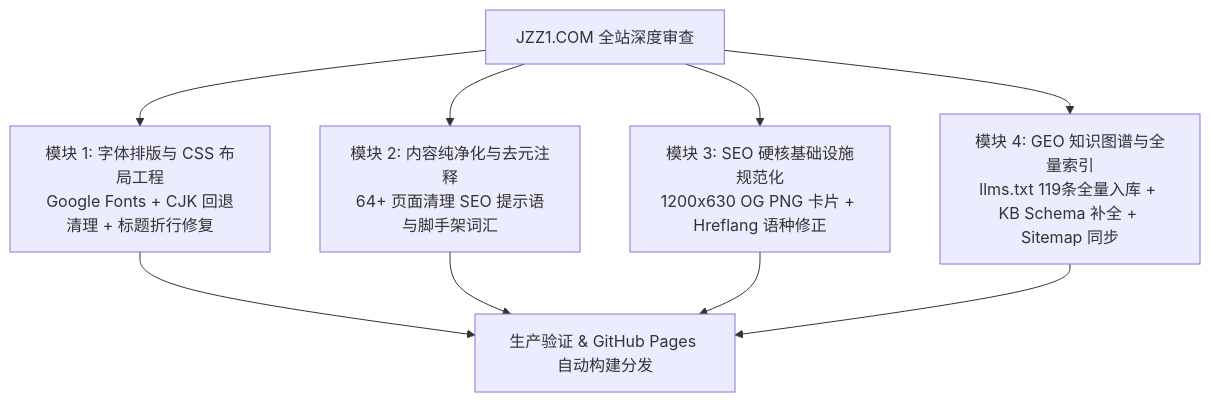
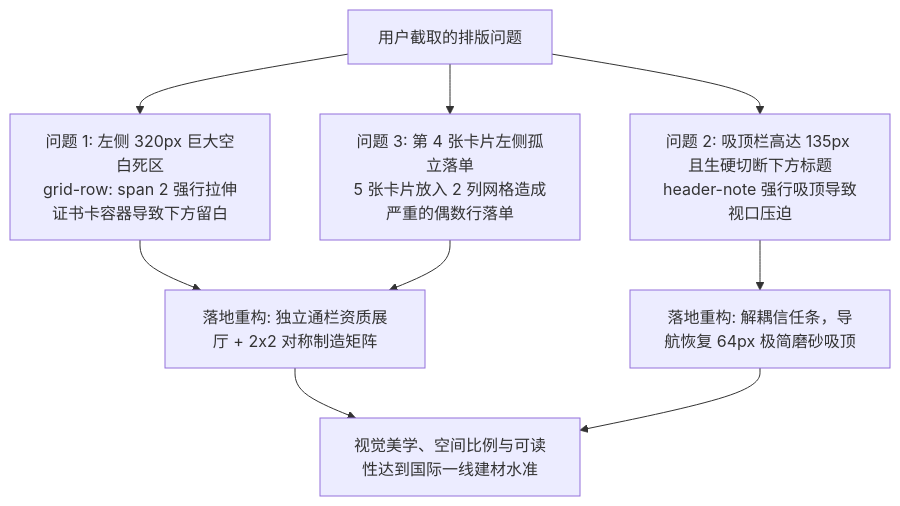
One commit to aidi1723/jzz1-site changed the diagram in docs/reports/2026-10-23-jzz1-comprehensive-audit-and-optimization-v2.3.md. Above: the diagram before and after it, drawn with Mermaid. The commit also changed other lines of this file and 5 other files, not shown here.

Commit message:
fix(layout): eliminate 320px grid void, rebuild accreditation showcase & decouple sticky header

````diff
--- a/docs/reports/2026-10-23-jzz1-comprehensive-audit-and-optimization-v2.3.md
+++ b/docs/reports/2026-10-23-jzz1-comprehensive-audit-and-optimization-v2.3.md
@@ -15,11 +14,11 @@
 ```mermaid
 flowchart TD
-    A["JZZ1.COM 全站深度审查"] --> B["模块 1: 字体排版与 CSS 布局工程<br/>Google Fonts + CJK 回退清理 + 标题折行修复"]
-    A --> C["模块 2: 内容纯净化与去元注释<br/>64+ 页面清理 SEO 提示语与脚手架词汇"]
-    A --> D["模块 3: SEO 硬核基础设施规范化<br/>1200x630 OG PNG 卡片 + Hreflang 语种修正"]
-    A --> E["模块 4: GEO 知识图谱与全量索引<br/>llms.txt 119条全量入库 + KB Schema 补全 + Sitemap 同步"]
-    B --> F["生产验证 & GitHub Pages 自动构建分发"]
-    C --> F
-    D --> F
-    E --> F
+    A["用户截取的排版问题"] --> B["问题 1: 左侧 320px 巨大空白死区<br/>grid-row: span 2 强行拉伸证书卡容器导致下方留白"]
+    A --> C["问题 2: 吸顶栏高达 135px 且生硬切断下方标题<br/>header-note 强行吸顶导致视口压迫"]
+    A --> D["问题 3: 第 4 张卡片左侧孤立落单<br/>5 张卡片放入 2 列网格造成严重的偶数行落单"]
+    B --> E["落地重构: 独立通栏资质展厅 + 2x2 对称制造矩阵"]
+    C --> F["落地重构: 解耦信任条，导航恢复 64px 极简磨砂吸顶"]
+    D --> E
+    E --> G["视觉美学、空间比例与可读性达到国际一线建材水准"]
+    F --> G
 ```
````
